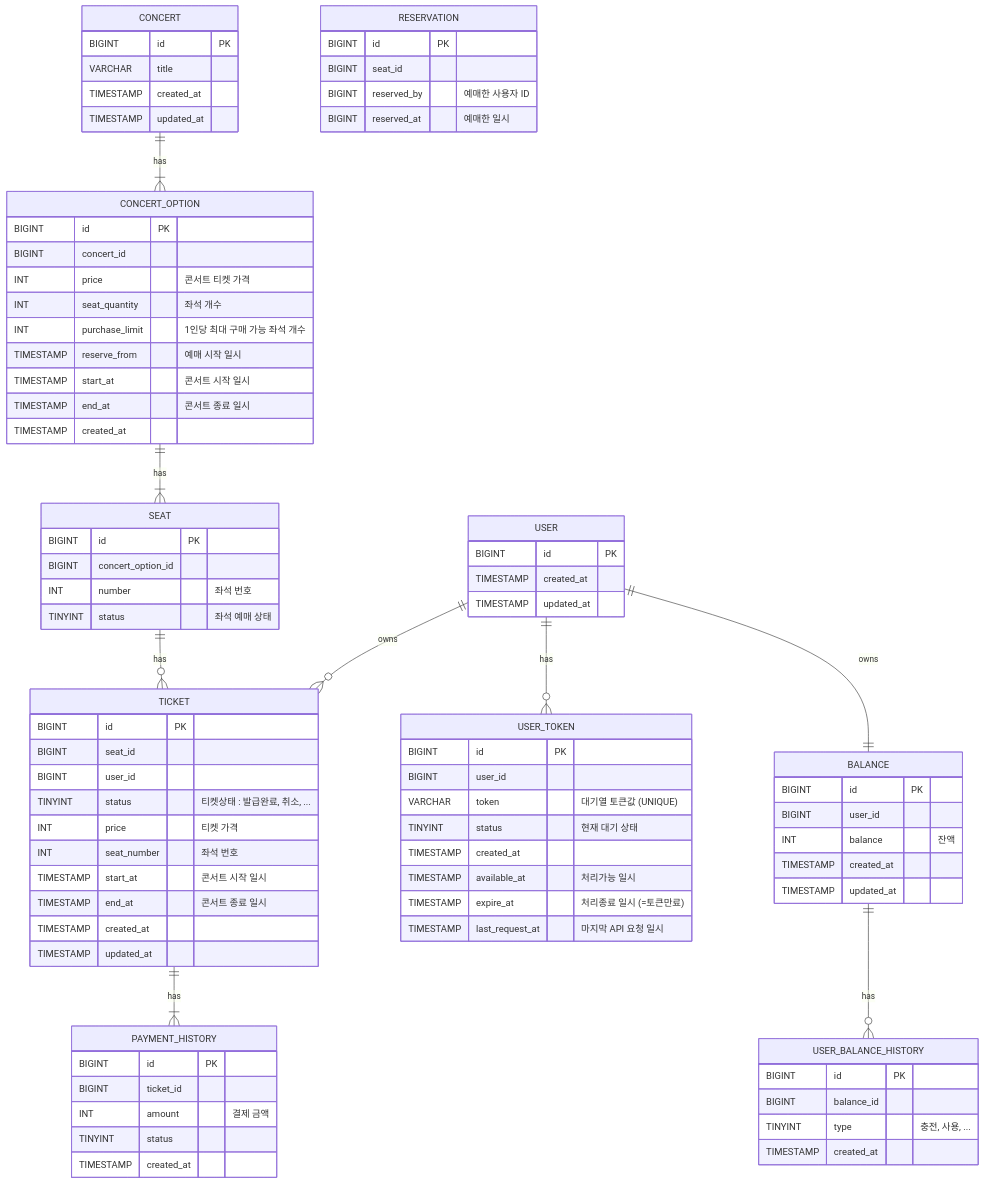
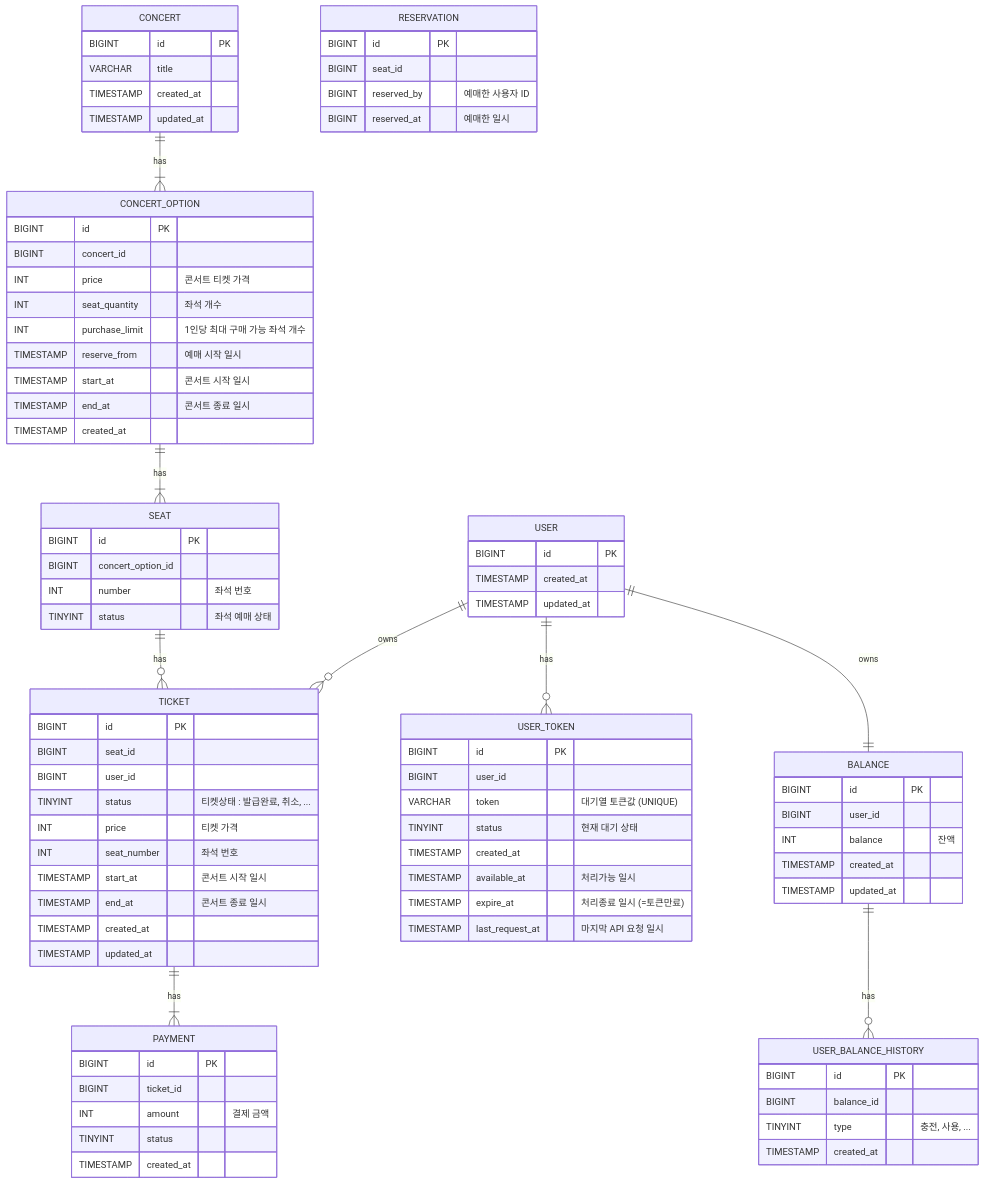
The diagram in document/diagram/erd/erd.md (vvoohhee/concert-system), drawn with Mermaid before and after one commit. The commit also changed 13 other files, not shown here.

````diff
--- a/document/diagram/erd/erd.md
+++ b/document/diagram/erd/erd.md
@@ -5,7 +5,7 @@
         TIMESTAMP created_at
         TIMESTAMP updated_at
     }
-    
+
     BALANCE {
         BIGINT id PK
         BIGINT user_id
@@ -57,9 +57,9 @@
         INT number "좌석 번호"
         TINYINT status "좌석 예매 상태"
     }
-    
-    %% 이선좌인 경우에만 조회할 테이블
-    %% 5분 초과 시 예매 취소
+
+%% 이선좌인 경우에만 조회할 테이블
+%% 5분 초과 시 예매 취소
     RESERVATION {
         BIGINT id PK
         BIGINT seat_id
@@ -67,8 +67,8 @@
         BIGINT reserved_at "예매한 일시"
     }
 
-    %% 결제까지 완료되어야 생성됨
-    %% 예약(이선좌) 관리는 status 컬럼으로 관리 => 낙관적 락
+%% 결제까지 완료되어야 생성됨
+%% 예약(이선좌) 관리는 status 컬럼으로 관리 => 낙관적 락
     TICKET {
         BIGINT id PK
         BIGINT seat_id
@@ -82,7 +82,7 @@
         TIMESTAMP updated_at
     }
 
-    PAYMENT_HISTORY {
+    PAYMENT {
         BIGINT id PK
         BIGINT ticket_id
         INT amount "결제 금액"
@@ -97,5 +97,5 @@
     CONCERT_OPTION ||--|{ SEAT: "has"
     SEAT ||--o{ TICKET: "has"
     USER ||--o{ TICKET: "owns"
-    TICKET ||--|{ PAYMENT_HISTORY: "has"
+    TICKET ||--|{ PAYMENT: "has"
 ```
````
